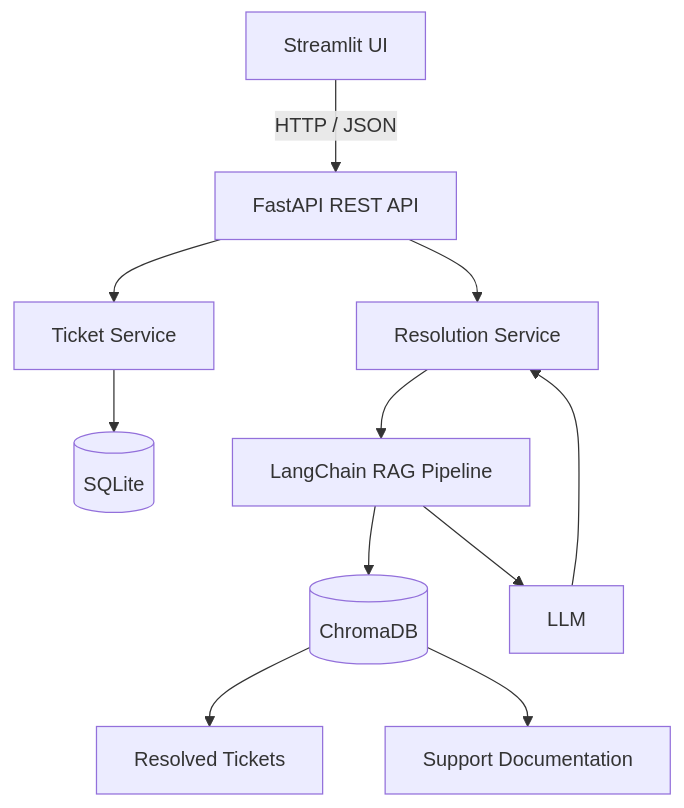
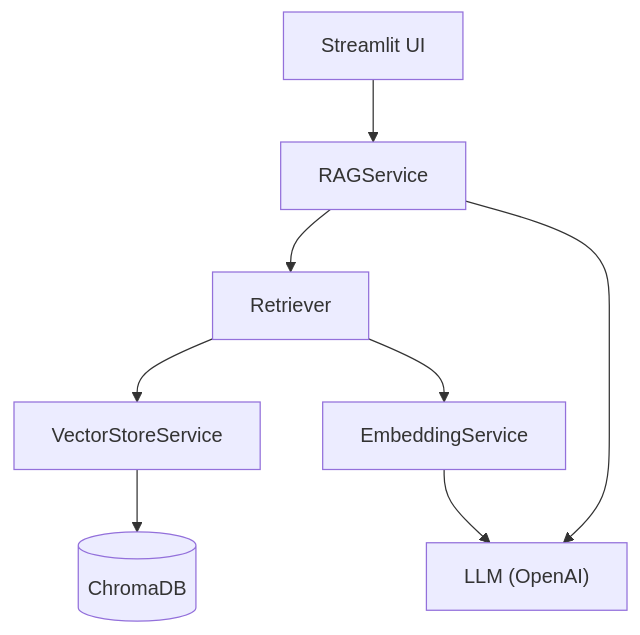
Before and after one commit to bee-honey/ai-support-ticket-resolver: the first of 9 diagrams in docs/IMPLEMENTATION_GUIDE.md, drawn with Mermaid. The commit also changed other lines of this file, not shown here.

````diff
--- a/docs/IMPLEMENTATION_GUIDE.md
+++ b/docs/IMPLEMENTATION_GUIDE.md
@@ -59,23 +61,17 @@
 ```mermaid
 flowchart TD
     UI["Streamlit UI"]
-    API["FastAPI REST API"]
-    TS["Ticket Service"]
-    RS["Resolution Service"]
-    DB[("SQLite")]
-    RAG["LangChain RAG Pipeline"]
-    VECTOR[("ChromaDB")]
-    TICKETS["Resolved Tickets"]
-    DOCS["Support Documentation"]
-    LLM["LLM"]
-    UI -->|"HTTP / JSON"| API
-    API --> TS
-    API --> RS
-    TS --> DB
-    RS --> RAG
-    RAG --> VECTOR
-    VECTOR --> TICKETS
-    VECTOR --> DOCS
+    RAG["RAGService"]
+    RET["Retriever"]
+    EMB["EmbeddingService"]
+    VS["VectorStoreService"]
+    CHROMA[("ChromaDB")]
+    LLM["LLM (OpenAI)"]
+    UI --> RAG
+    RAG --> RET
     RAG --> LLM
-    LLM --> RS
+    RET --> VS
+    RET --> EMB
+    EMB --> LLM
+    VS --> CHROMA
 ```
````
